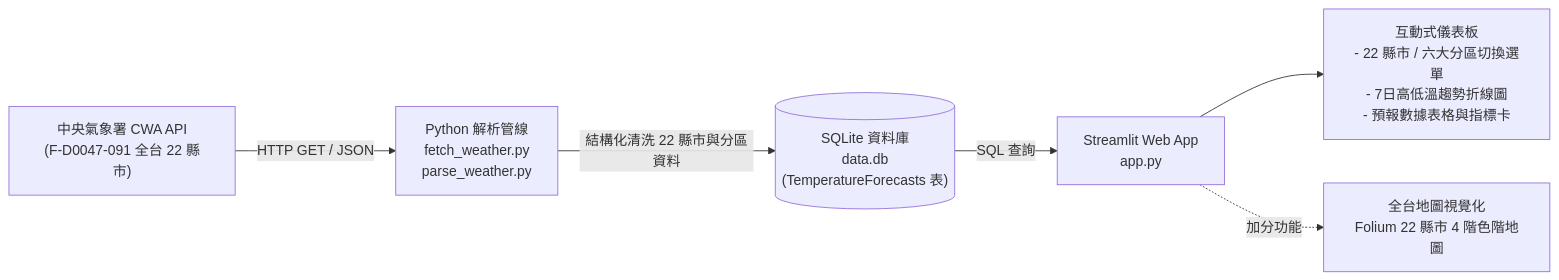
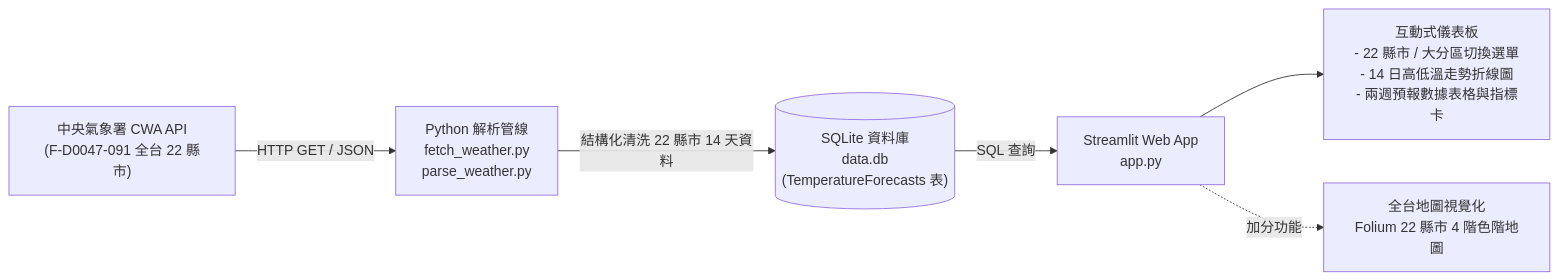
The diagram in README.md (kashak068/weather), drawn with Mermaid before and after one commit. The commit also changed other lines of this file and 2 other files, not shown here.

````diff
--- a/README.md
+++ b/README.md
@@ -11,8 +11,8 @@
 ```mermaid
 flowchart LR
     A["中央氣象署 CWA API\n(F-D0047-091 全台 22 縣市)"] -->|"HTTP GET / JSON"| B["Python 解析管線\nfetch_weather.py\nparse_weather.py"]
-    B -->|"結構化清洗 22 縣市與分區資料"| C[("SQLite 資料庫\ndata.db\n(TemperatureForecasts 表)")]
+    B -->|"結構化清洗 22 縣市 14 天資料"| C[("SQLite 資料庫\ndata.db\n(TemperatureForecasts 表)")]
     C -->|"SQL 查詢"| D["Streamlit Web App\napp.py"]
-    D --> E["互動式儀表板\n- 22 縣市 / 六大分區切換選單\n- 7日高低溫趨勢折線圖\n- 預報數據表格與指標卡"]
+    D --> E["互動式儀表板\n- 22 縣市 / 大分區切換選單\n- 14 日高低溫走勢折線圖\n- 兩週預報數據表格與指標卡"]
     D -.->|"加分功能"| F["全台地圖視覺化\nFolium 22 縣市 4 階色階地圖"]
 ```
````
